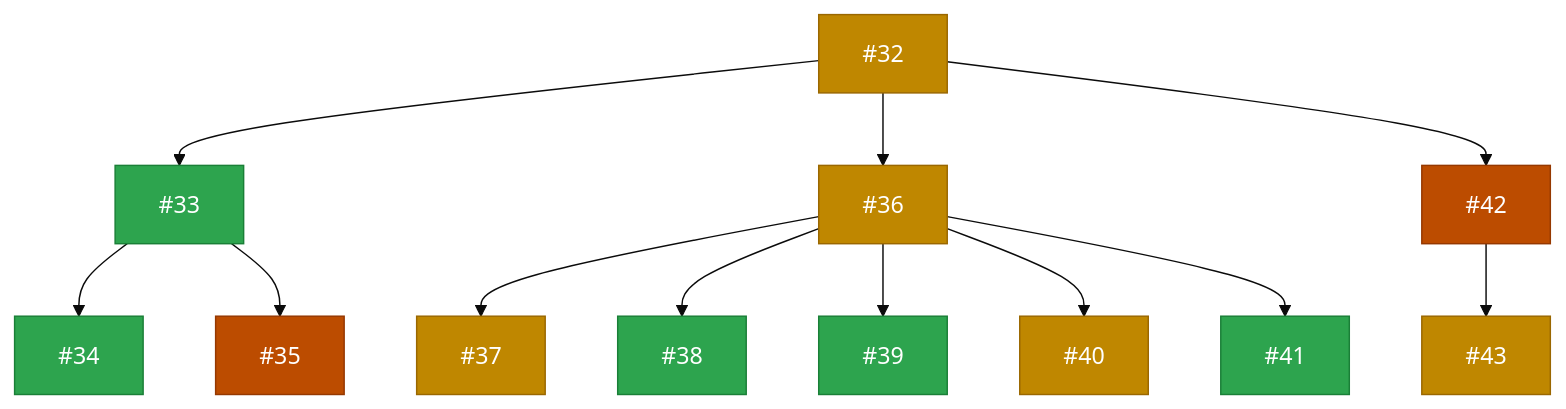
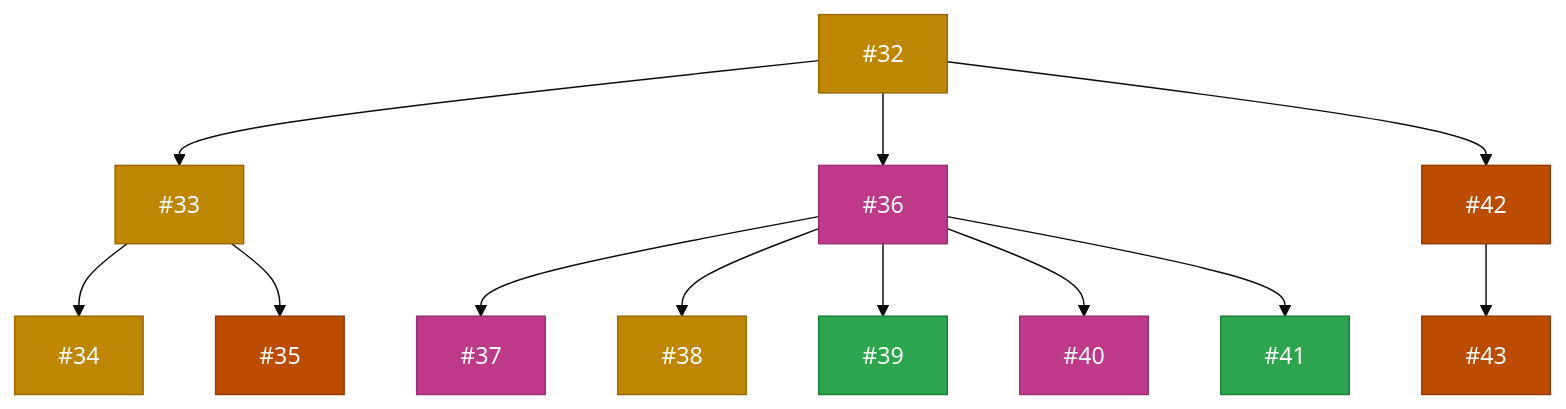
One commit to zappfish/zapp-requirements-tracker changed the fifth of 9 diagrams in README.md. Above: the diagram before and after it, drawn with Mermaid (base theme). The commit also changed other lines of this file, not shown here.

Commit message:
Update WBS diagram colors to match project board statuses (#122)

````diff
--- a/README.md
+++ b/README.md
@@ -237,43 +237,43 @@
 ```mermaid
 graph TD
     R3["#32"]:::inprogress
 
-    R3A["#33"]:::backlog
-    R3B["#36"]:::inprogress
+    R3A["#33"]:::inprogress
+    R3B["#36"]:::stable
     R3C["#42"]:::done
     R3 --> R3A & R3B & R3C
 
-    R3A1["#34"]:::backlog
+    R3A1["#34"]:::inprogress
     R3A2["#35"]:::done
     R3A --> R3A1 & R3A2
 
-    R3B1["#37"]:::inprogress
-    R3B2["#38"]:::backlog
+    R3B1["#37"]:::stable
+    R3B2["#38"]:::inprogress
     R3B3["#39"]:::backlog
-    R3B4["#40"]:::inprogress
+    R3B4["#40"]:::stable
     R3B5["#41"]:::backlog
     R3B --> R3B1 & R3B2 & R3B3 & R3B4 & R3B5
 
-    R3C1["#43"]:::inprogress
+    R3C1["#43"]:::done
     R3C --> R3C1
 
     click R3 href "https://github.com/zappfish/zapp-requirements-tracker/issues/32" _blank
     click R3A href "https://github.com/zappfish/zapp-requirements-tracker/issues/33" _blank
     click R3B href "https://github.com/zappfish/zapp-requirements-tracker/issues/36" _blank
     click R3C href "https://github.com/zappfish/zapp-requirements-tracker/issues/42" _blank
     click R3A1 href "https://github.com/zappfish/zapp-requirements-tracker/issues/34" _blank
     click R3A2 href "https://github.com/zappfish/zapp-requirements-tracker/issues/35" _blank
     click R3B1 href "https://github.com/zappfish/zapp-requirements-tracker/issues/37" _blank
     click R3B2 href "https://github.com/zappfish/zapp-requirements-tracker/issues/38" _blank
     click R3B3 href "https://github.com/zappfish/zapp-requirements-tracker/issues/39" _blank
     click R3B4 href "https://github.com/zappfish/zapp-requirements-tracker/issues/40" _blank
     click R3B5 href "https://github.com/zappfish/zapp-requirements-tracker/issues/41" _blank
     click R3C1 href "https://github.com/zappfish/zapp-requirements-tracker/issues/43" _blank
 
     classDef backlog fill:#2da44e,stroke:#1a7f37,color:#fff
     classDef upnext fill:#0969da,stroke:#0550ae,color:#fff
     classDef inprogress fill:#bf8700,stroke:#9a6700,color:#fff
     classDef inreview fill:#8250df,stroke:#6639ba,color:#fff
     classDef stable fill:#bf3989,stroke:#99306f,color:#fff
     classDef done fill:#bc4c00,stroke:#953800,color:#fff
 ```
````
